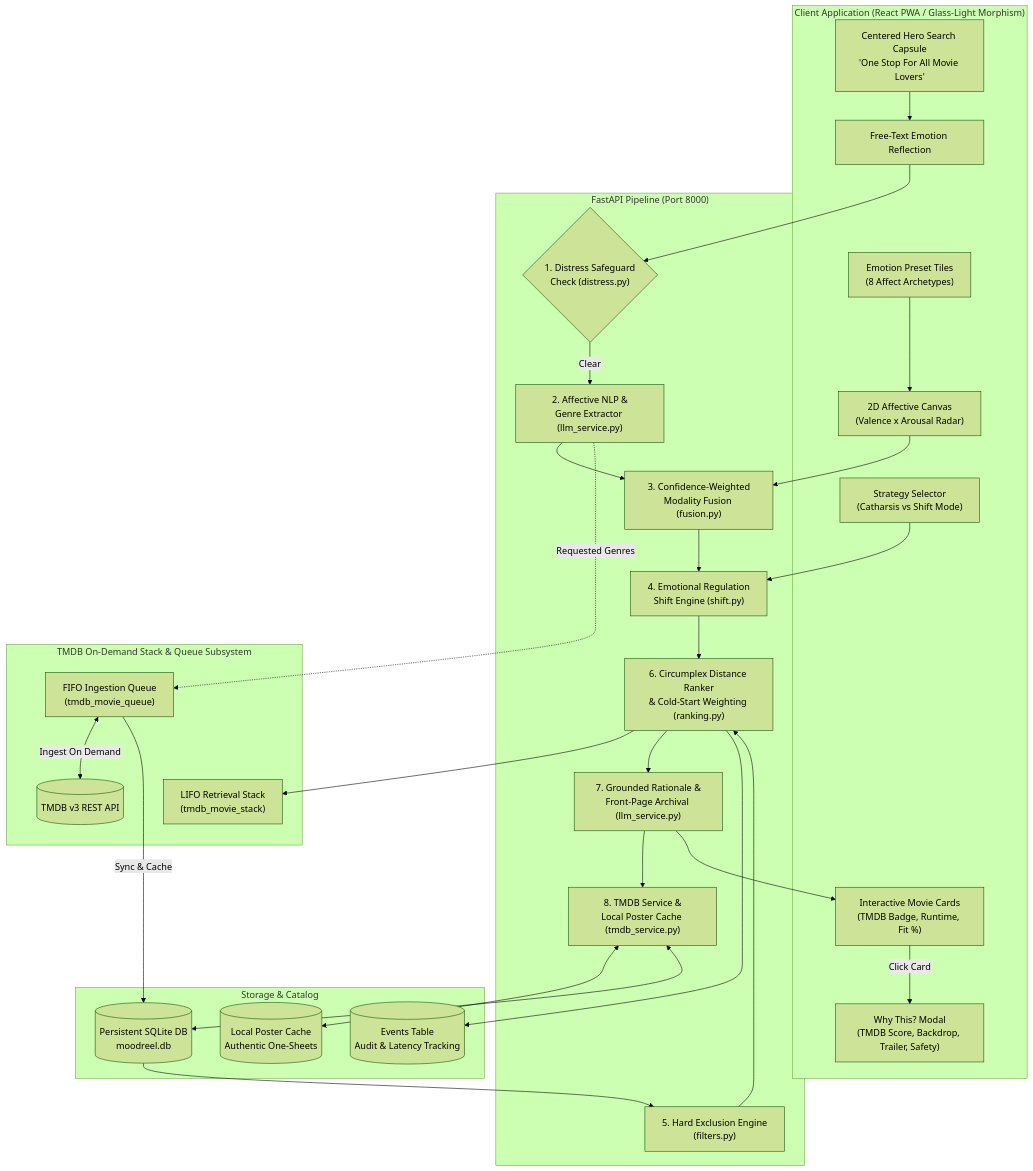
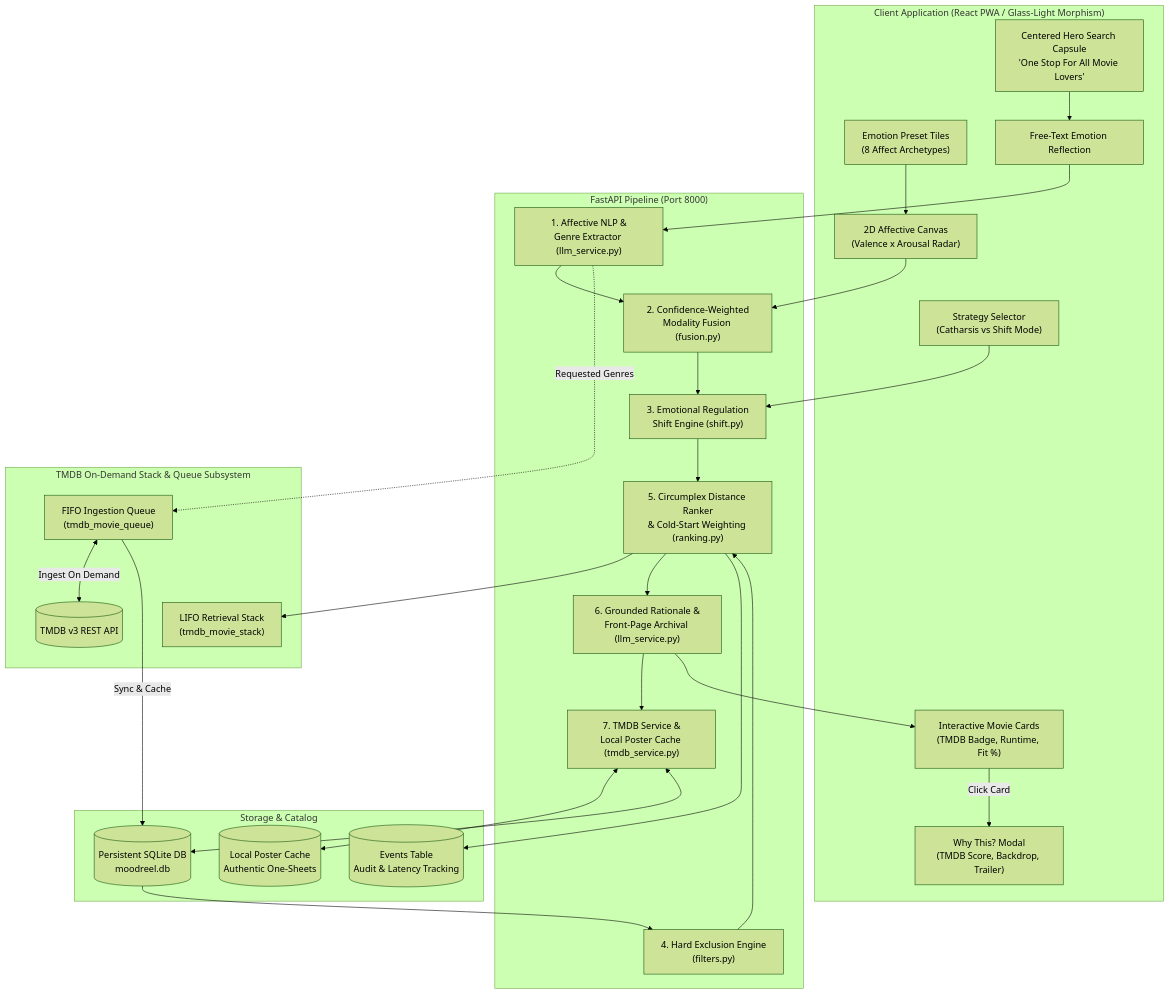
The diagram in README.md (jedai11/IMR-internet-movie-recommender-), drawn with Mermaid (forest theme) before and after one commit. The commit also changed other lines of this file, not shown here.

````diff
--- a/README.md
+++ b/README.md
@@ -27,58 +26,56 @@
 ```mermaid
 flowchart TD
     subgraph Client["Client Application (React PWA / Glass-Light Morphism)"]
         Hero["Centered Hero Search Capsule\n'One Stop For All Movie Lovers'"]
         Canvas["2D Affective Canvas\n(Valence x Arousal Radar)"]
         Presets["Emotion Preset Tiles\n(8 Affect Archetypes)"]
         FreeText["Free-Text Emotion Reflection"]
         Strat["Strategy Selector\n(Catharsis vs Shift Mode)"]
         Deck["Interactive Movie Cards\n(TMDB Badge, Runtime, Fit %)"]
-        Modal["Why This? Modal\n(TMDB Score, Backdrop, Trailer, Safety)"]
+        Modal["Why This? Modal\n(TMDB Score, Backdrop, Trailer)"]
     end
 
     subgraph API["FastAPI Pipeline (Port 8000)"]
-        Distress{"1. Distress Safeguard\nCheck (distress.py)"}
-        NLP["2. Affective NLP &\nGenre Extractor (llm_service.py)"]
-        Fusion["3. Confidence-Weighted\nModality Fusion (fusion.py)"]
-        ShiftEngine["4. Emotional Regulation\nShift Engine (shift.py)"]
-        FilterEngine["5. Hard Exclusion Engine\n(filters.py)"]
-        Ranker["6. Circumplex Distance Ranker\n& Cold-Start Weighting (ranking.py)"]
-        Rationale["7. Grounded Rationale &\nFront-Page Archival (llm_service.py)"]
-        TMDBService["8. TMDB Service &\nLocal Poster Cache (tmdb_service.py)"]
+        NLP["1. Affective NLP &\nGenre Extractor (llm_service.py)"]
+        Fusion["2. Confidence-Weighted\nModality Fusion (fusion.py)"]
+        ShiftEngine["3. Emotional Regulation\nShift Engine (shift.py)"]
+        FilterEngine["4. Hard Exclusion Engine\n(filters.py)"]
+        Ranker["5. Circumplex Distance Ranker\n& Cold-Start Weighting (ranking.py)"]
+        Rationale["6. Grounded Rationale &\nFront-Page Archival (llm_service.py)"]
+        TMDBService["7. TMDB Service &\nLocal Poster Cache (tmdb_service.py)"]
     end
 
     subgraph TMDBIntegration["TMDB On-Demand Stack & Queue Subsystem"]
         TMDBAPI[("TMDB v3 REST API")]
         FIFOQueue["FIFO Ingestion Queue\n(tmdb_movie_queue)"]
         LIFOStack["LIFO Retrieval Stack\n(tmdb_movie_stack)"]
     end
 
     subgraph Storage["Storage & Catalog"]
         DB[(Persistent SQLite DB\nmoodreel.db)]
         PosterCache[(Local Poster Cache\nAuthentic One-Sheets)]
         Events[(Events Table\nAudit & Latency Tracking)]
     end
 
     Hero --> FreeText
     Presets --> Canvas
-    FreeText --> Distress
-    Distress -->|Clear| NLP
+    FreeText --> NLP
     Canvas --> Fusion
     NLP --> Fusion
     Fusion --> ShiftEngine
     Strat --> ShiftEngine
     NLP -.->|Requested Genres| FIFOQueue
     FIFOQueue <-->|Ingest On Demand| TMDBAPI
     FIFOQueue -->|Sync & Cache| DB
     DB --> FilterEngine
     FilterEngine --> Ranker
     ShiftEngine --> Ranker
     Ranker --> LIFOStack
     Ranker --> Rationale
     Rationale --> TMDBService
     TMDBService <--> PosterCache
     TMDBService <--> DB
     Rationale --> Deck
     Deck -->|Click Card| Modal
     Ranker --> Events
 ```
````
